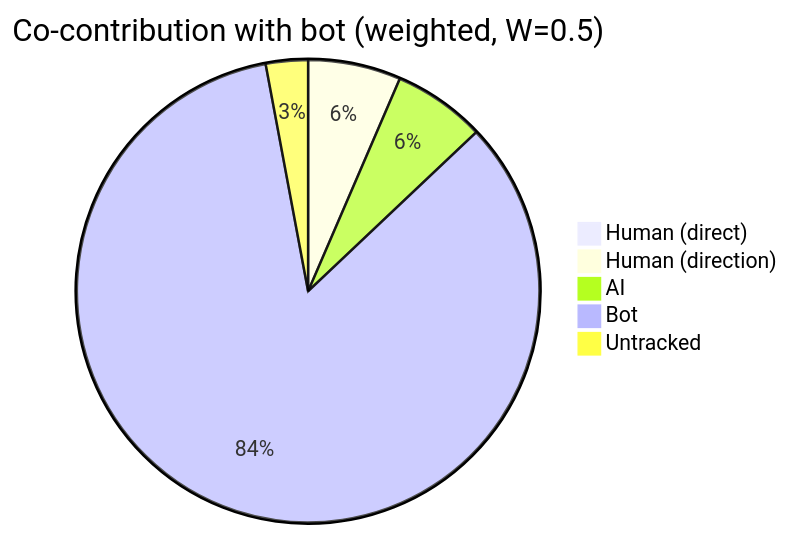
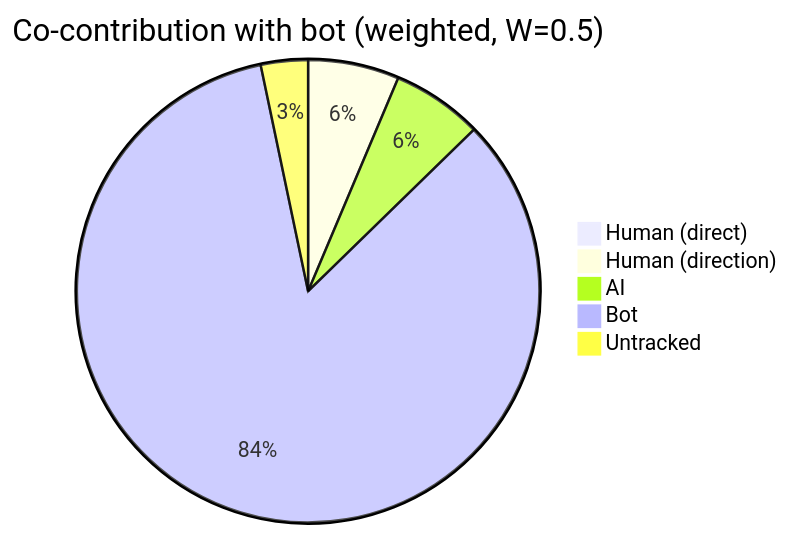
Before and after one commit to CaliMark/game-of-life: the third of 7 diagrams in AI-AUTHORSHIP.md, drawn with Mermaid. The commit also changed other lines of this file and 1 other file, not shown here.

````diff
--- a/AI-AUTHORSHIP.md
+++ b/AI-AUTHORSHIP.md
@@ -47,8 +47,8 @@
 ```mermaid
 pie title Co-contribution with bot (weighted, W=0.5)
     "Human (direct)" : 0
-    "Human (direction)" : 293
-    "AI" : 292
-    "Bot" : 3802
-    "Untracked" : 133
+    "Human (direction)" : 292
+    "AI" : 291
+    "Bot" : 3855
+    "Untracked" : 151
 ```
````
